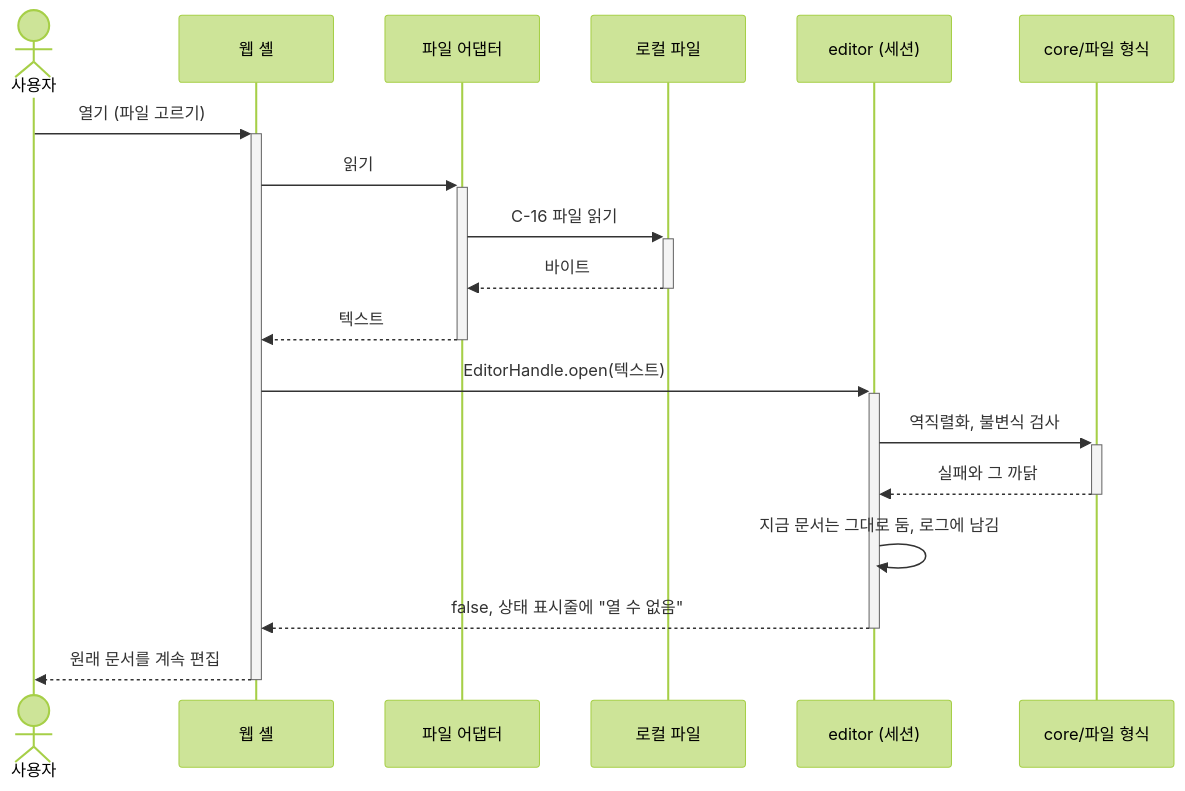
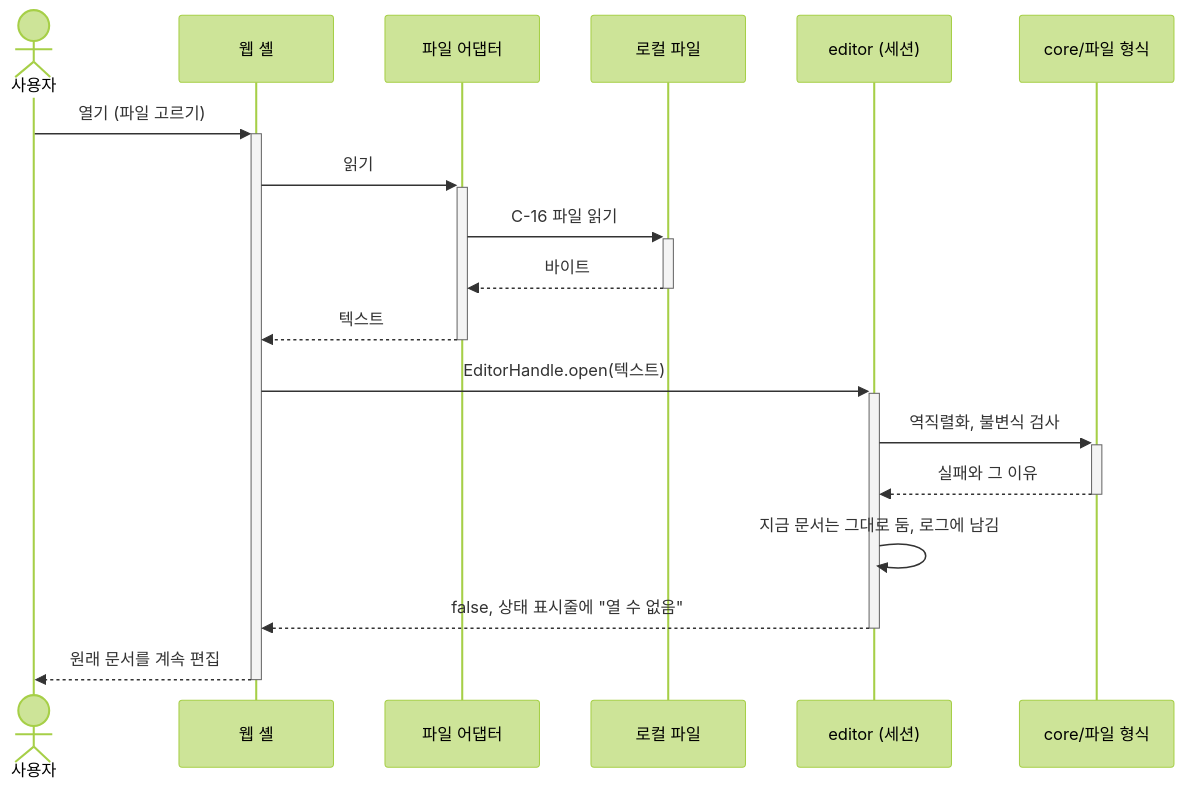
One commit to reddiana/AriadneNSD changed the seventh of 9 diagrams in docs/03-architecture/03-architecture.md. Above: the diagram before and after it, drawn with Mermaid (forest theme). The commit also changed other lines of this file and 1 other file, not shown here.

Commit message:
docs(architecture): 렌더링 · 측정 · 테스트 더블 등 아키텍처 문서의 말을 다시 고침

````diff
--- a/docs/03-architecture/03-architecture.md
+++ b/docs/03-architecture/03-architecture.md
@@ -471,20 +471,20 @@
 ```mermaid
 sequenceDiagram
     actor U as 사용자
     participant S as 웹 셸
     participant A as 파일 어댑터
     participant F as 로컬 파일
     participant E as editor (세션)
     participant C as core/파일 형식
     U->>+S: 열기 (파일 고르기)
     S->>+A: 읽기
     A->>+F: C-16 파일 읽기
     F-->>-A: 바이트
     A-->>-S: 텍스트
     S->>+E: EditorHandle.open(텍스트)
     E->>+C: 역직렬화, 불변식 검사
-    C-->>-E: 실패와 그 까닭
+    C-->>-E: 실패와 그 이유
     E->>E: 지금 문서는 그대로 둠, 로그에 남김
     E-->>-S: false, 상태 표시줄에 "열 수 없음"
     S-->>-U: 원래 문서를 계속 편집
 ```
````
